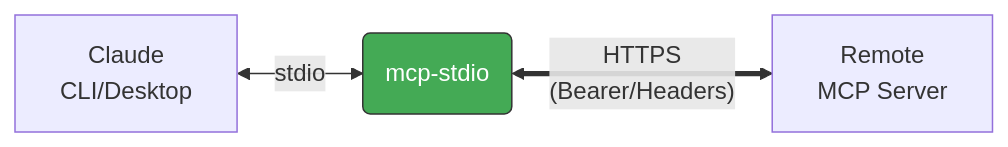
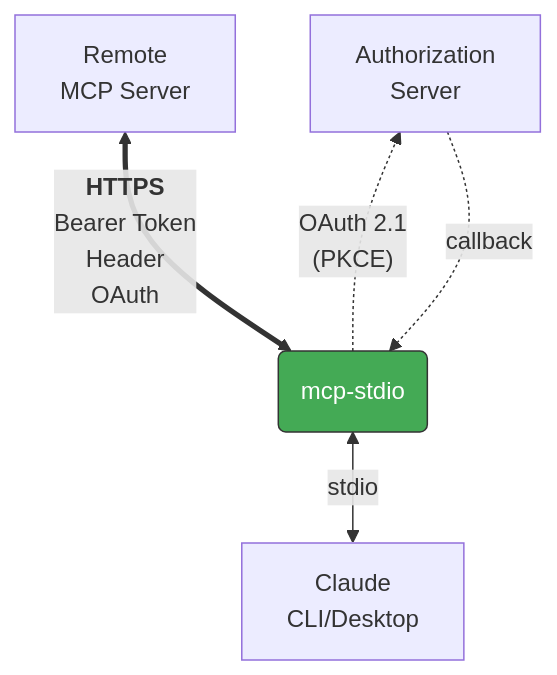
Before and after one commit to shigechika/mcp-stdio: the diagram in README.ja.md, drawn with Mermaid. The commit also changed other lines of this file and 1 other file, not shown here.

Commit message:
docs: update mermaid diagram with OAuth flow and BT layout

````diff
--- a/README.ja.md
+++ b/README.ja.md
@@ -11,6 +11,8 @@
 ```mermaid
-flowchart LR
+flowchart BT
     A[Claude<br>CLI/Desktop] <-- stdio --> B(mcp-stdio)
-    B <== "HTTPS<br>(Bearer/Headers)" ==> C[Remote<br>MCP Server]
+    B <== "<b>HTTPS</b><br>Bearer Token<br>Header<br>OAuth" ==> C[Remote<br>MCP Server]
+    B -. "OAuth 2.1<br>(PKCE)" .-> D[Authorization<br>Server]
+    D -. callback .-> B
     style B fill:#4a5,stroke:#333,color:#fff
 ```
````
